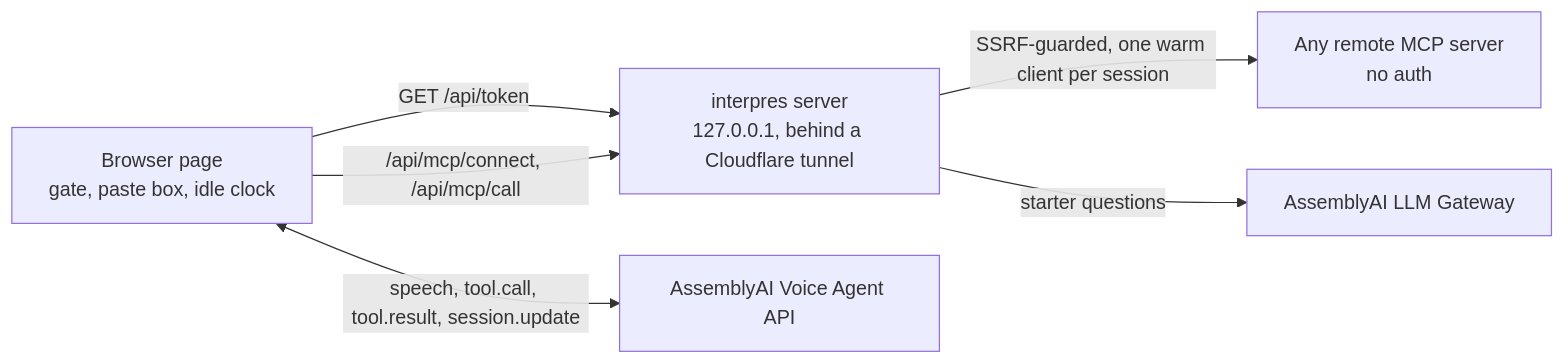
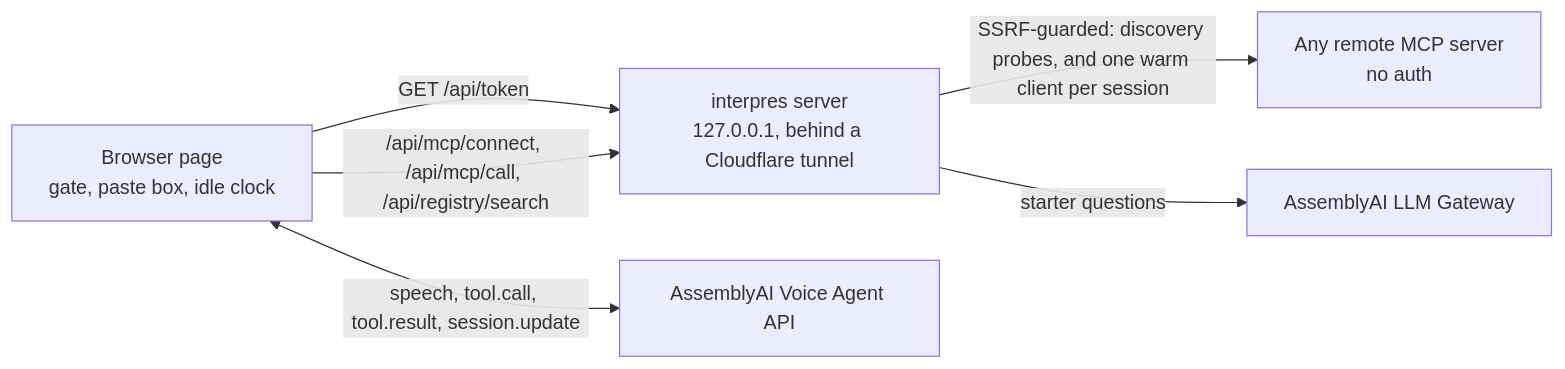
The diagram in README.md (seekdaseek/interpres), drawn with Mermaid before and after one commit. The commit also changed other lines of this file and 9 other files, not shown here.

````diff
--- a/README.md
+++ b/README.md
@@ -27,13 +30,13 @@
 ```mermaid
 flowchart LR
   page["Browser page<br/>gate, paste box, idle clock"]
   server["interpres server<br/>127.0.0.1, behind a Cloudflare tunnel"]
   va["AssemblyAI Voice Agent API"]
   gw["AssemblyAI LLM Gateway"]
   mcp["Any remote MCP server<br/>no auth"]
   page -->|"GET /api/token"| server
   page <-->|"speech, tool.call, tool.result, session.update"| va
-  page -->|"/api/mcp/connect, /api/mcp/call"| server
-  server -->|"SSRF-guarded, one warm client per session"| mcp
+  page -->|"/api/mcp/connect, /api/mcp/call, /api/registry/search"| server
+  server -->|"SSRF-guarded: discovery probes, and one warm client per session"| mcp
   server -->|"starter questions"| gw
 ```
````
